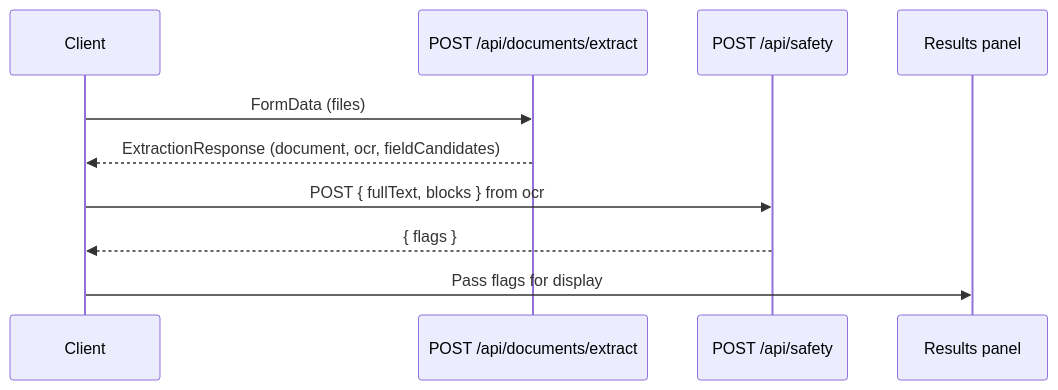
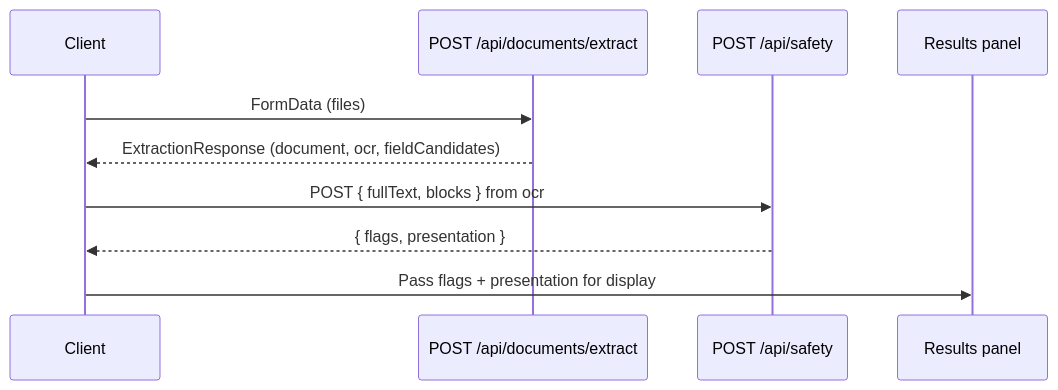
The diagram in team-5-safety-api.md (Resilient-Labs/multilingual-ai-document-assistant), drawn with Mermaid before and after one commit. The commit also changed other lines of this file and 8 other files, not shown here.

````diff
--- a/team-5-safety-api.md
+++ b/team-5-safety-api.md
@@ -110,13 +153,13 @@
 ```mermaid
 sequenceDiagram
     participant Client
     participant ExtractAPI as POST /api/documents/extract
     participant SafetyAPI as POST /api/safety
     participant BrandiUI as Results panel
 
     Client->>ExtractAPI: FormData (files)
     ExtractAPI-->>Client: ExtractionResponse (document, ocr, fieldCandidates)
     Client->>SafetyAPI: POST { fullText, blocks } from ocr
-    SafetyAPI-->>Client: { flags }
-    Client->>BrandiUI: Pass flags for display
+    SafetyAPI-->>Client: { flags, presentation }
+    Client->>BrandiUI: Pass flags + presentation for display
 ```
````
